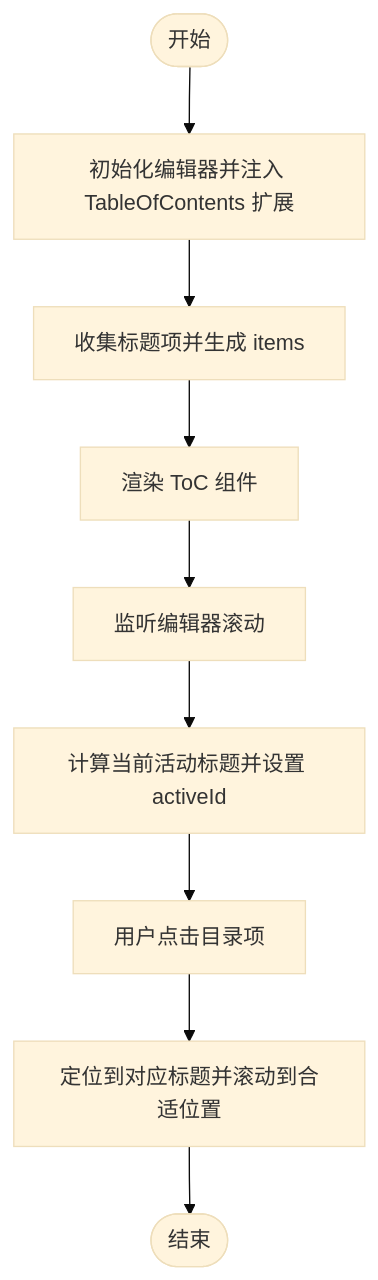
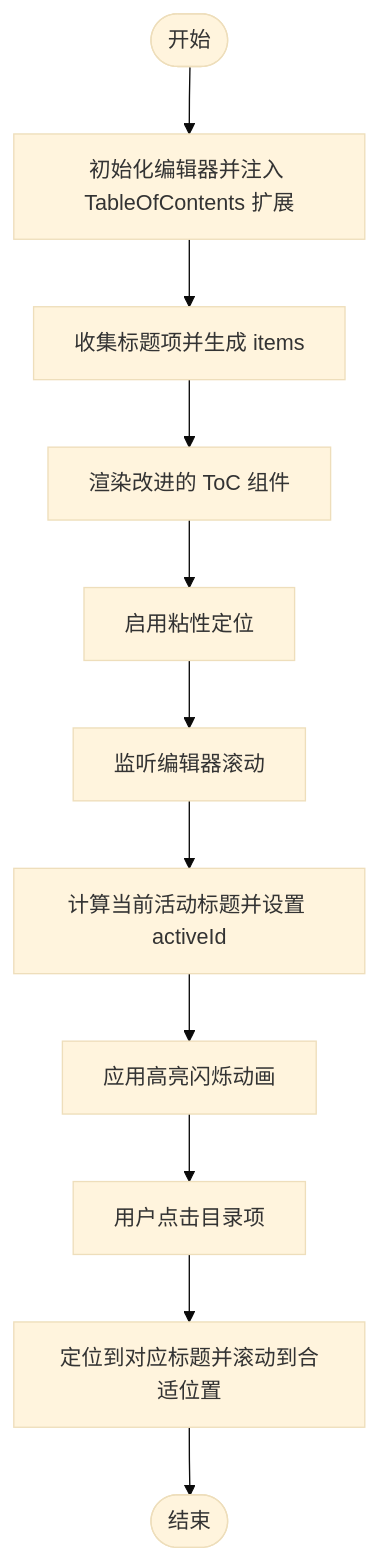
The seventh of 18 diagrams in .qoder/repowiki/zh/content/核心模块/编辑器核心内核/编辑器扩展系统.md (LRF0422/Kotion), drawn with Mermaid (base theme) before and after one commit. The commit also changed other lines of this file and 75 other files, not shown here.

````diff
--- a/.qoder/repowiki/zh/content/核心模块/编辑器核心内核/编辑器扩展系统.md
+++ b/.qoder/repowiki/zh/content/核心模块/编辑器核心内核/编辑器扩展系统.md
@@ -328,11 +753,13 @@
 ```mermaid
 flowchart TD
 Start(["开始"]) --> InitEditor["初始化编辑器并注入 TableOfContents 扩展"]
 InitEditor --> Collect["收集标题项并生成 items"]
-Collect --> Render["渲染 ToC 组件"]
-Render --> Scroll["监听编辑器滚动"]
+Collect --> Render["渲染改进的 ToC 组件"]
+Render --> Sticky["启用粘性定位"]
+Sticky --> Scroll["监听编辑器滚动"]
 Scroll --> Active["计算当前活动标题并设置 activeId"]
-Active --> Click["用户点击目录项"]
+Active --> Flash["应用高亮闪烁动画"]
+Flash --> Click["用户点击目录项"]
 Click --> Jump["定位到对应标题并滚动到合适位置"]
 Jump --> End(["结束"])
 ```
````
